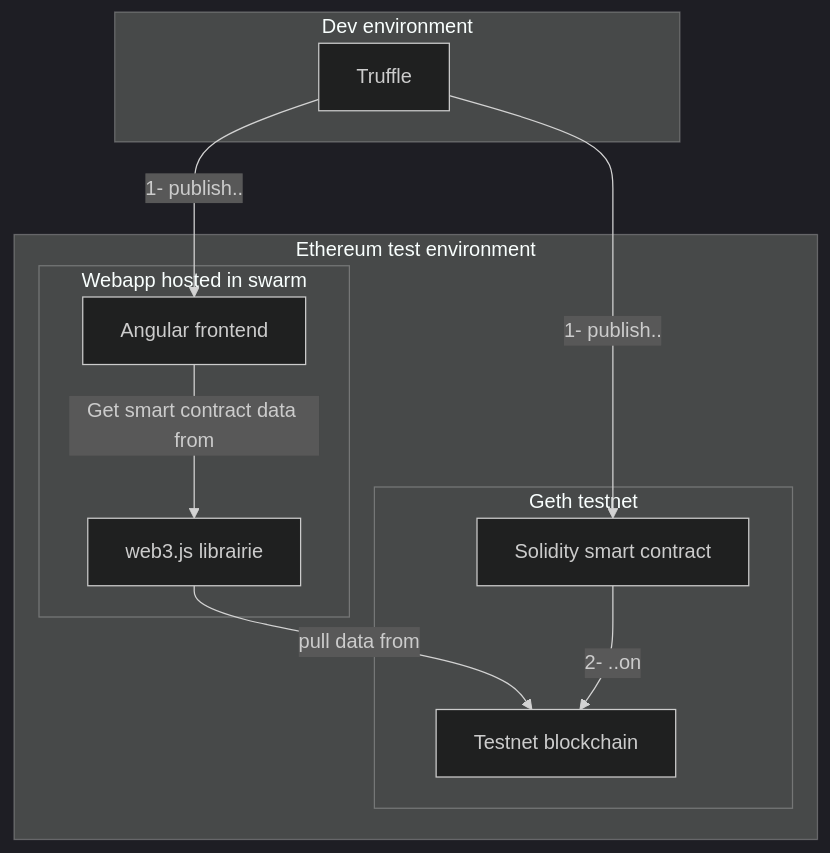
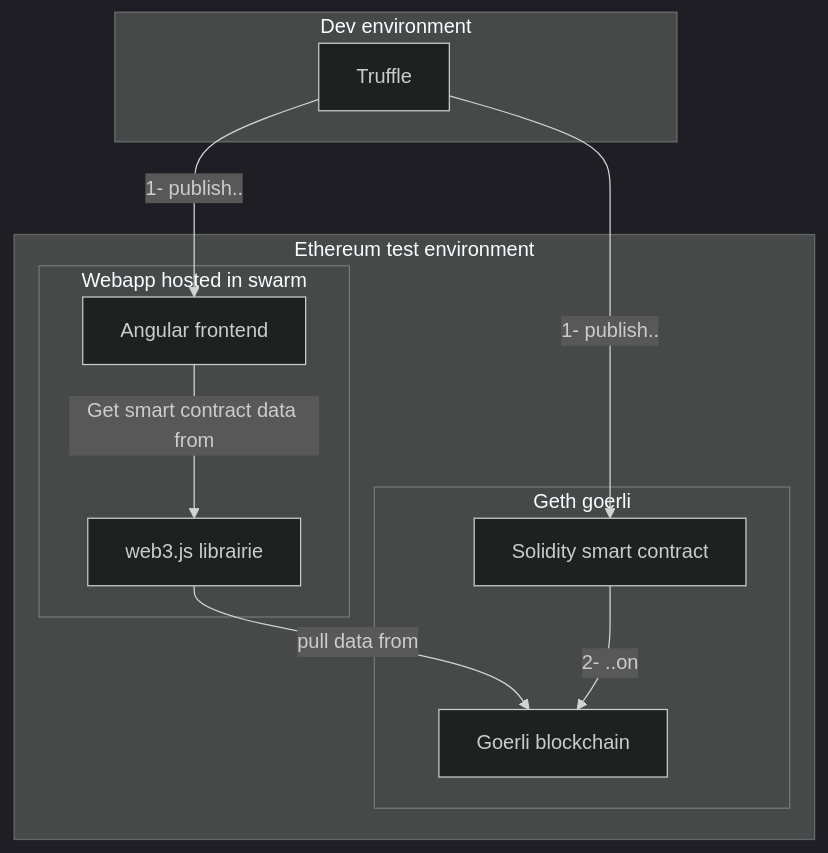
Before and after one commit to KONFeature/5BLOC-VotingProject: the diagram in docs/technical_doc_env_test_graph.md, drawn with Mermaid (dark theme). The commit also changed 8 other files, not shown here.

````diff
--- a/docs/technical_doc_env_test_graph.md
+++ b/docs/technical_doc_env_test_graph.md
@@ -1,31 +1,31 @@
 ```mermaid
 graph TD
   truffle[Truffle]
   web3[web3.js librairie]
   angular[Angular frontend]
   solidity[Solidity smart contract]
-  blockchain[Testnet blockchain]
+  blockchain[Goerli blockchain]
 
   subgraph Dev environment
     truffle
   end
 
   subgraph Ethereum test environment
     subgraph Webapp hosted in swarm
       angular
       web3
     end
 
-    subgraph Geth testnet
+    subgraph Geth goerli
       solidity
       blockchain
     end
 
   end
 
   angular -- Get smart contract data from --> web3
   web3 -- pull data from --> blockchain
   truffle -- 1- publish.. --> solidity
   solidity -- 2- ..on --> blockchain
   truffle -- 1- publish.. --> angular
 ```
````
